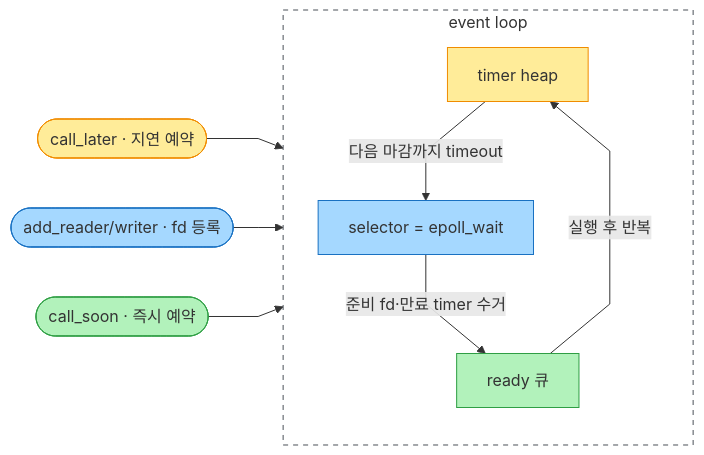
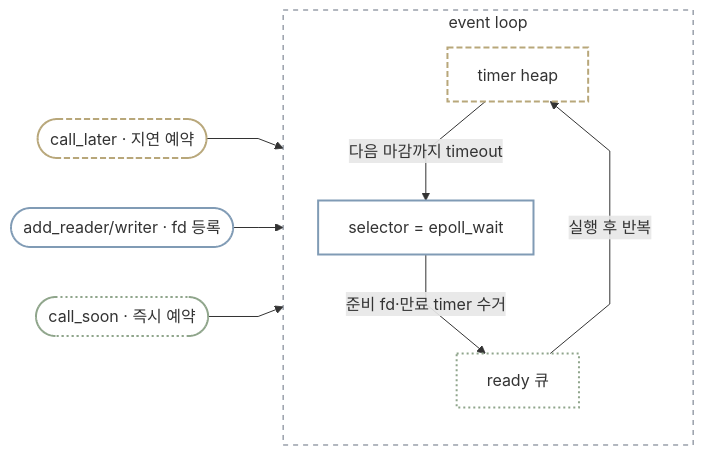
One commit to DS-argus/argus-quartz changed the second of 2 diagrams in content/Dev/CS/Concurrency and Parallelism.md. Above: the diagram before and after it, drawn with Mermaid.

Commit message:
post: refine concurrency diagram styling

````diff
--- a/content/Dev/CS/Concurrency and Parallelism.md
+++ b/content/Dev/CS/Concurrency and Parallelism.md
@@ -409,29 +409,29 @@
 ```mermaid
 %%{init: {'flowchart': {'curve': 'linear'}}}%%
 flowchart LR
     CL(["call_later · 지연 예약"])
     AR(["add_reader/writer · fd 등록"])
     CS(["call_soon · 즉시 예약"])
 
     subgraph EL["event loop"]
         direction TB
         TH["timer heap"]
         SEL["selector = epoll_wait"]
         RQ["ready 큐"]
     end
 
     CL --> TH
     AR --> SEL
     CS --> RQ
     TH -->|다음 마감까지 timeout| SEL
     SEL -->|준비 fd·만료 timer 수거| RQ
     RQ -->|실행 후 반복| TH
 
-    style EL fill:none,stroke:#495057,stroke-dasharray: 5 5
-    classDef srcYellow fill:#ffec99,stroke:#f08c00
-    classDef srcBlue fill:#a5d8ff,stroke:#1971c2
-    classDef srcGreen fill:#b2f2bb,stroke:#2f9e44
-    class CL,TH srcYellow
-    class AR,SEL srcBlue
-    class CS,RQ srcGreen
+    style EL fill:none,stroke:#667080,stroke-dasharray:5 5
+    classDef timer fill:none,stroke:#B8A77A,stroke-width:2px,stroke-dasharray:6 3
+    classDef io fill:none,stroke:#809BB5,stroke-width:2px
+    classDef ready fill:none,stroke:#8FA58B,stroke-width:2px,stroke-dasharray:2 3
+    class CL,TH timer
+    class AR,SEL io
+    class CS,RQ ready
 ```
````
